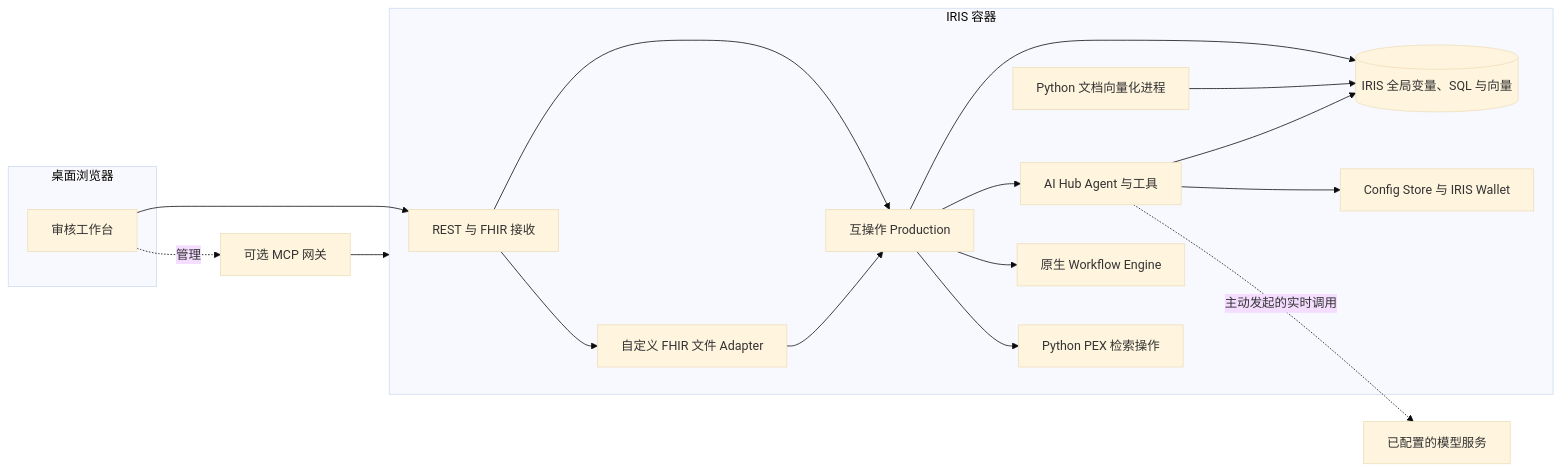
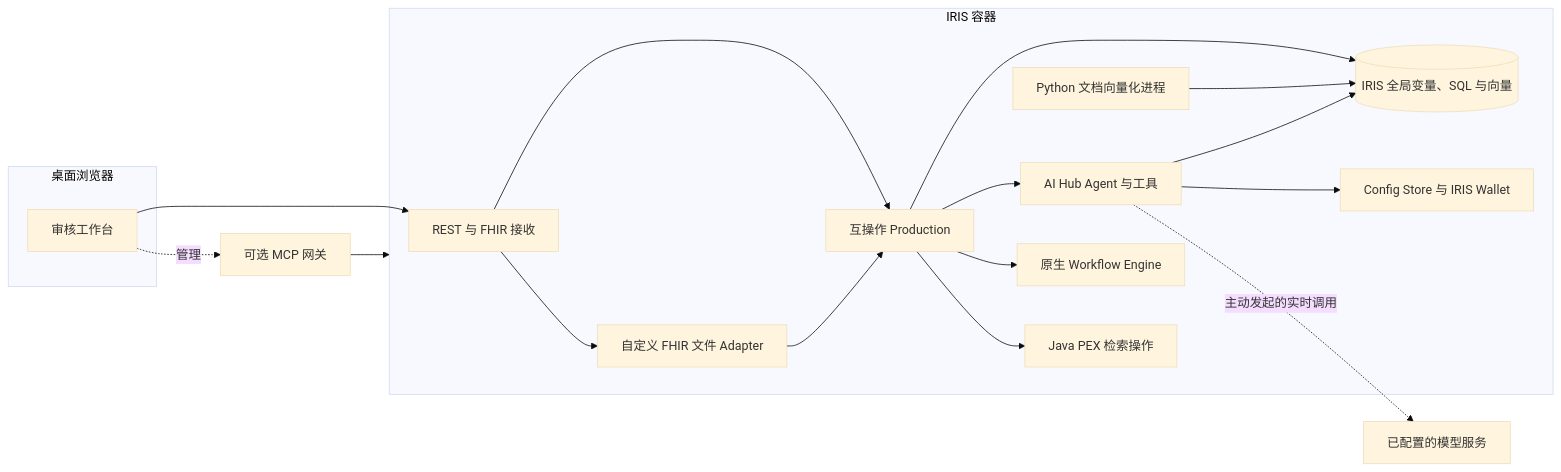
The second of 2 diagrams in README.zh-CN.md (boanerges1227/MedicalInsuranceAudit), drawn with Mermaid (base theme) before and after one commit. The commit also changed other lines of this file and 18 other files, not shown here.

Commit message:
Replace Python PEX embeddings with Java ONNX operation

````diff
--- a/README.zh-CN.md
+++ b/README.zh-CN.md
@@ -81,31 +81,31 @@
 ```mermaid
 flowchart LR
     subgraph Client[桌面浏览器]
         UI[审核工作台]
     end
     subgraph IRIS[IRIS 容器]
         API[REST 与 FHIR 接收]
         ADAPTER[自定义 FHIR 文件 Adapter]
         PROD[互操作 Production]
         AGENT[AI Hub Agent 与工具]
         WORKER[Python 文档向量化进程]
-        EMBED[Python PEX 检索操作]
+        EMBED[Java PEX 检索操作]
         FLOW[原生 Workflow Engine]
         STORE[(IRIS 全局变量、SQL 与向量)]
         CONFIG[Config Store 与 IRIS Wallet]
         API --> PROD
         API --> ADAPTER
         ADAPTER --> PROD
         PROD --> STORE
         PROD --> AGENT
         PROD --> FLOW
         PROD --> EMBED
         AGENT --> STORE
         AGENT --> CONFIG
         WORKER --> STORE
     end
     UI --> API
     UI -. 管理 .-> GATEWAY[可选 MCP 网关]
     GATEWAY --> IRIS
     AGENT -. 主动发起的实时调用 .-> MODEL[已配置的模型服务]
 ```
````
